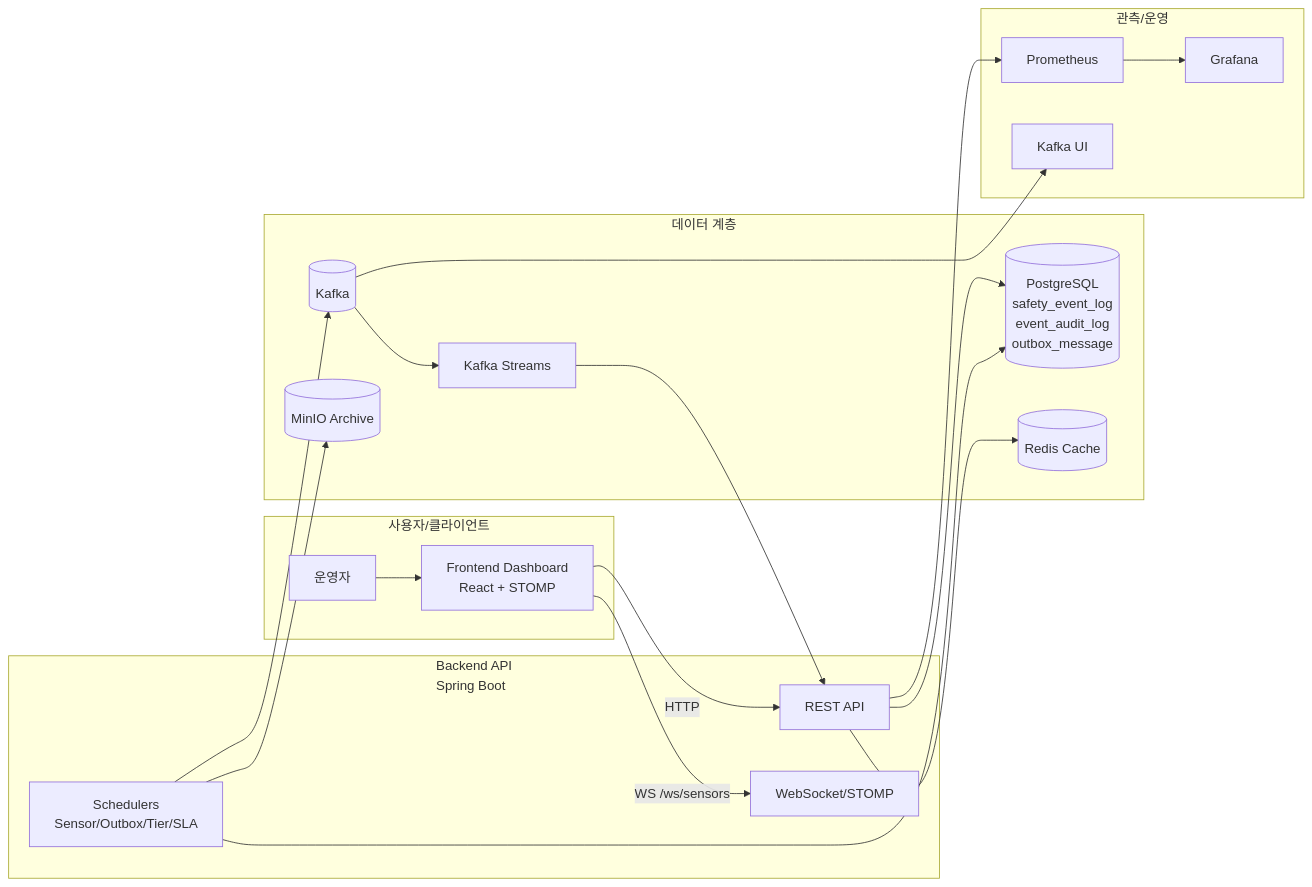
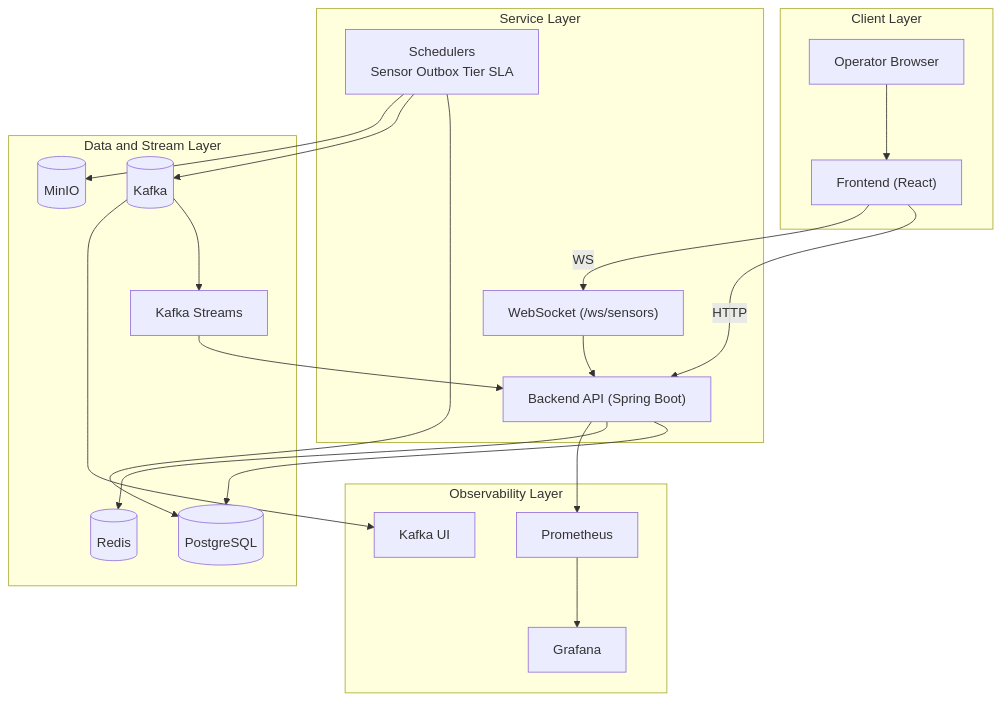
The first of 4 diagrams in README.md (yunnhho/platform), drawn with Mermaid before and after one commit. The commit also changed other lines of this file, not shown here.

````diff
--- a/README.md
+++ b/README.md
@@ -22,41 +22,44 @@
 ```mermaid
-flowchart LR
-    subgraph Clients[사용자/클라이언트]
-        UI[Frontend Dashboard<br/>React + STOMP]
-        Ops[운영자]
+flowchart TB
+    subgraph L1["Client Layer"]
+        U["Operator Browser"]
+        F["Frontend (React)"]
     end
 
-    subgraph Backend[Backend API<br/>Spring Boot]
-        API[REST API]
-        WS[WebSocket/STOMP]
-        SCH[Schedulers<br/>Sensor/Outbox/Tier/SLA]
+    subgraph L2["Service Layer"]
+        B["Backend API (Spring Boot)"]
+        W["WebSocket (/ws/sensors)"]
+        S["Schedulers<br/>Sensor Outbox Tier SLA"]
     end
 
-    subgraph DataPlane[데이터 계층]
-        PG[(PostgreSQL<br/>safety_event_log<br/>event_audit_log<br/>outbox_message)]
-        REDIS[(Redis Cache)]
-        KAFKA[(Kafka)]
-        STREAMS[Kafka Streams]
-        MINIO[(MinIO Archive)]
+    subgraph L3["Data and Stream Layer"]
+        P[("PostgreSQL")]
+        R[("Redis")]
+        K[("Kafka")]
+        KS["Kafka Streams"]
+        M[("MinIO")]
     end
 
-    subgraph Obs[관측/운영]
-        PROM[Prometheus]
-        GRAF[Grafana]
-        KUI[Kafka UI]
+    subgraph L4["Observability Layer"]
+        PM["Prometheus"]
+        G["Grafana"]
+        KU["Kafka UI"]
     end
 
-    Ops --> UI
-    UI -->|HTTP| API
-    UI -->|WS /ws/sensors| WS
-    API --> PG
-    API --> REDIS
-    SCH --> PG
-    SCH --> KAFKA
-    KAFKA --> STREAMS
-    STREAMS --> API
-    SCH --> MINIO
-    API --> PROM
-    PROM --> GRAF
-    KAFKA --> KUI
+    U --> F
+    F -->|HTTP| B
+    F -->|WS| W
+    W --> B
+
+    B --> P
+    B --> R
+    S --> P
+    S --> K
+    K --> KS
+    KS --> B
+    S --> M
+
+    B --> PM
+    PM --> G
+    K --> KU
 ```
````
